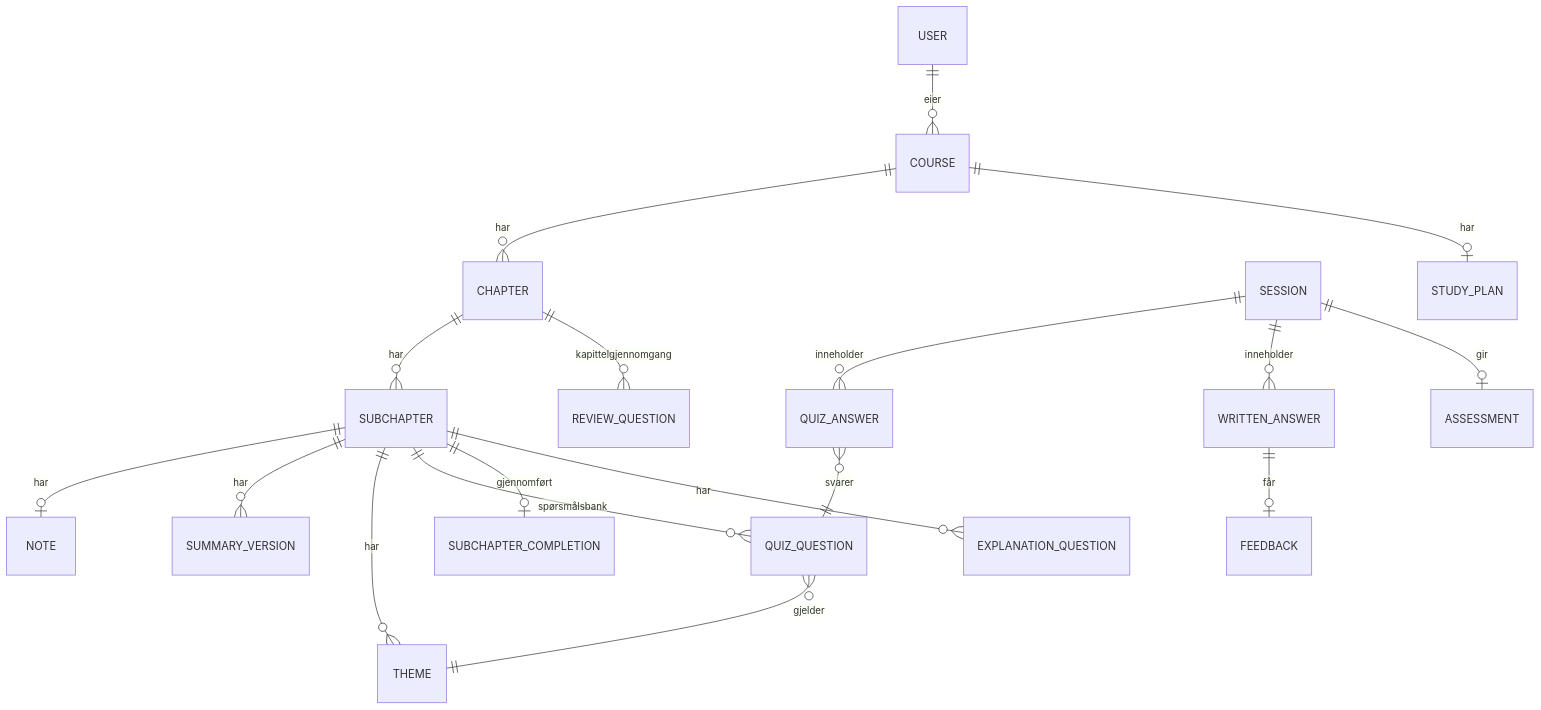
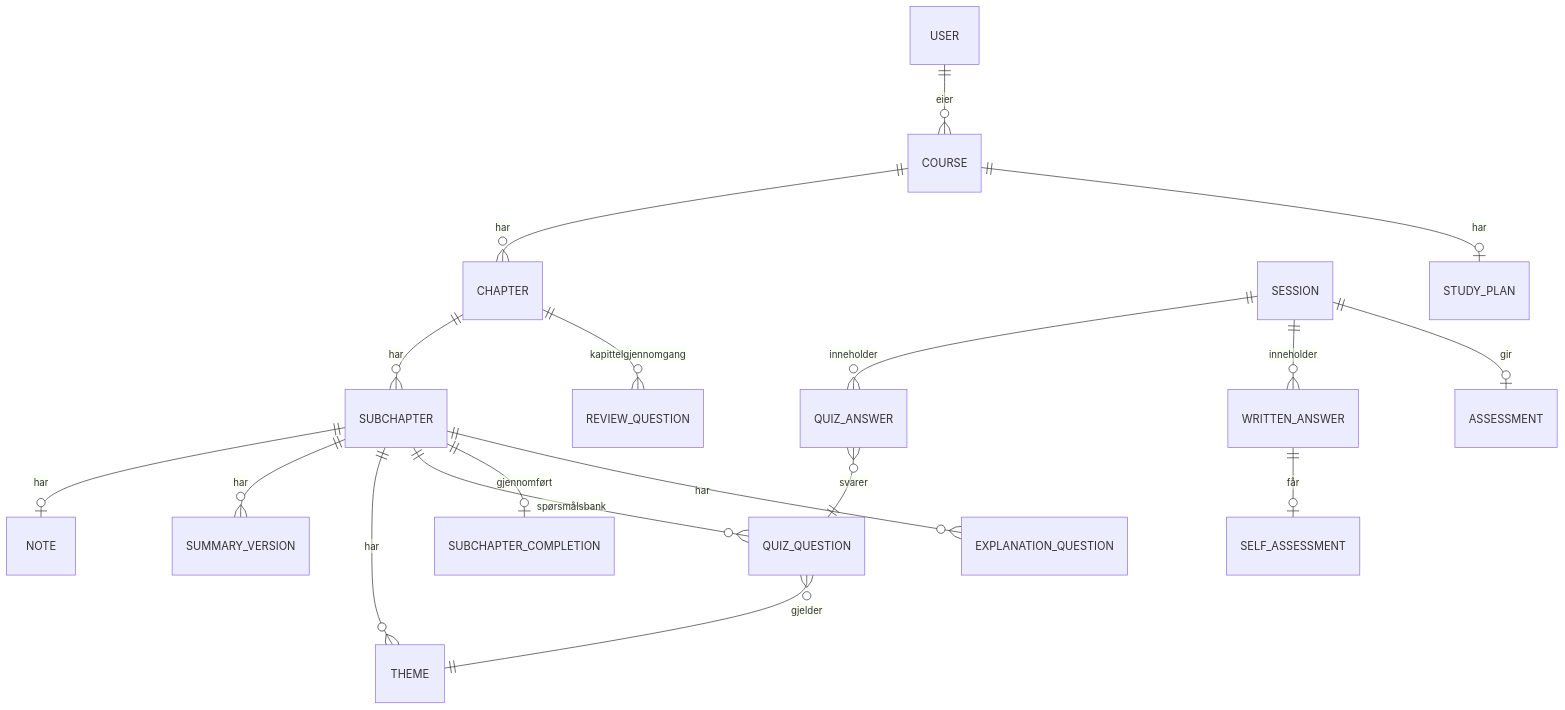
Before and after one commit to IBE160-2026/G131-hovda: the third of 3 diagrams in G131-hovda/planning-artifacts/architecture/architecture-G131-hovda-2026-10-08/ARCHITECTURE-SPINE.md, drawn with Mermaid. The commit also changed other lines of this file and 5 other files, not shown here.

````diff
--- a/G131-hovda/planning-artifacts/architecture/architecture-G131-hovda-2026-10-08/ARCHITECTURE-SPINE.md
+++ b/G131-hovda/planning-artifacts/architecture/architecture-G131-hovda-2026-10-08/ARCHITECTURE-SPINE.md
@@ -212,20 +212,20 @@
 ```mermaid
 erDiagram
   USER ||--o{ COURSE : eier
   COURSE ||--o{ CHAPTER : har
   CHAPTER ||--o{ SUBCHAPTER : har
   SUBCHAPTER ||--o| NOTE : har
   SUBCHAPTER ||--o{ SUMMARY_VERSION : har
   SUBCHAPTER ||--o{ THEME : har
   SUBCHAPTER ||--o{ QUIZ_QUESTION : "spørsmålsbank"
   QUIZ_QUESTION }o--|| THEME : gjelder
   SUBCHAPTER ||--o| SUBCHAPTER_COMPLETION : "gjennomført"
   SESSION ||--o{ QUIZ_ANSWER : inneholder
   SESSION ||--o{ WRITTEN_ANSWER : inneholder
   QUIZ_ANSWER }o--|| QUIZ_QUESTION : svarer
   CHAPTER ||--o{ REVIEW_QUESTION : "kapittelgjennomgang"
   SUBCHAPTER ||--o{ EXPLANATION_QUESTION : har
-  WRITTEN_ANSWER ||--o| FEEDBACK : får
+  WRITTEN_ANSWER ||--o| SELF_ASSESSMENT : får
   SESSION ||--o| ASSESSMENT : gir
   COURSE ||--o| STUDY_PLAN : har
 ```
````
